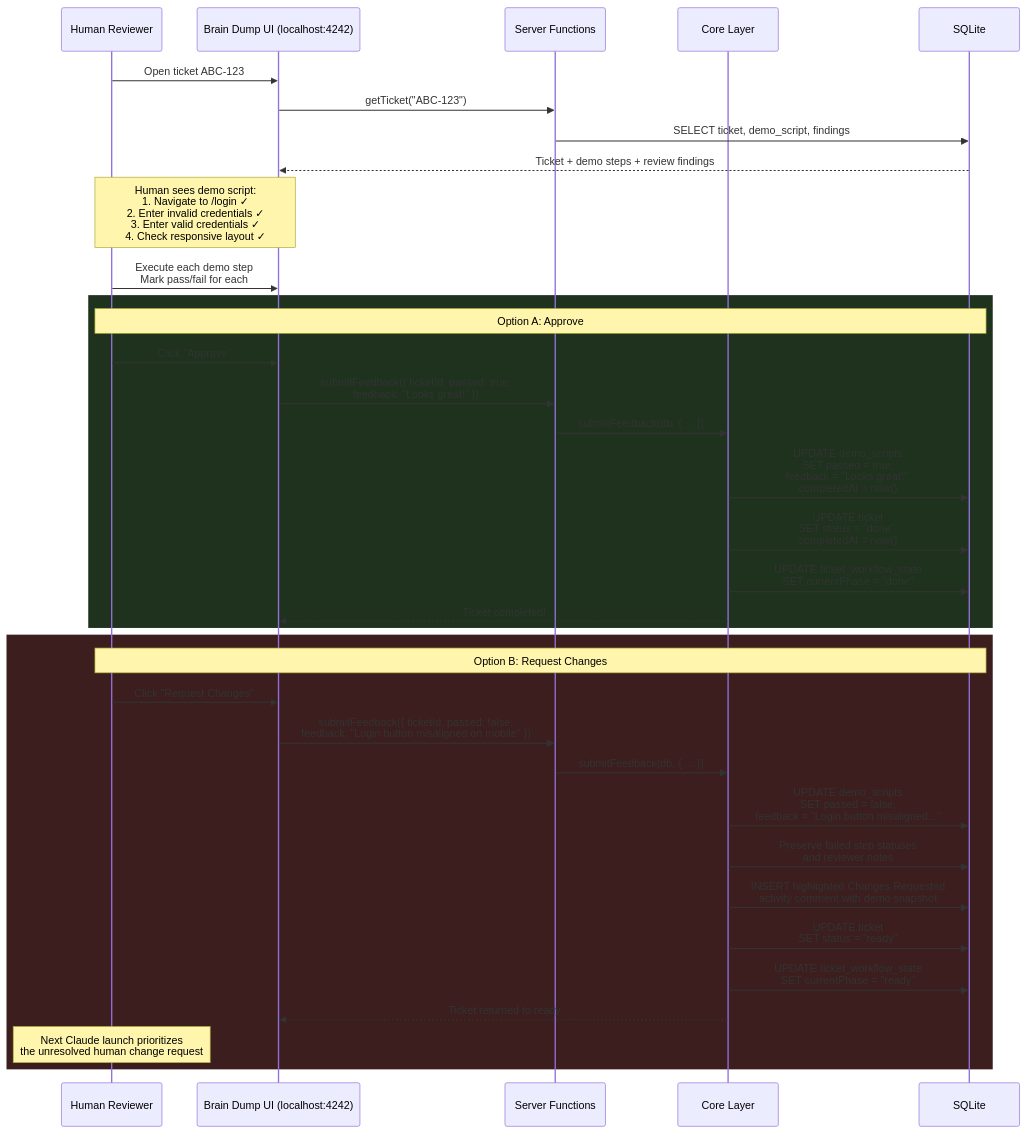
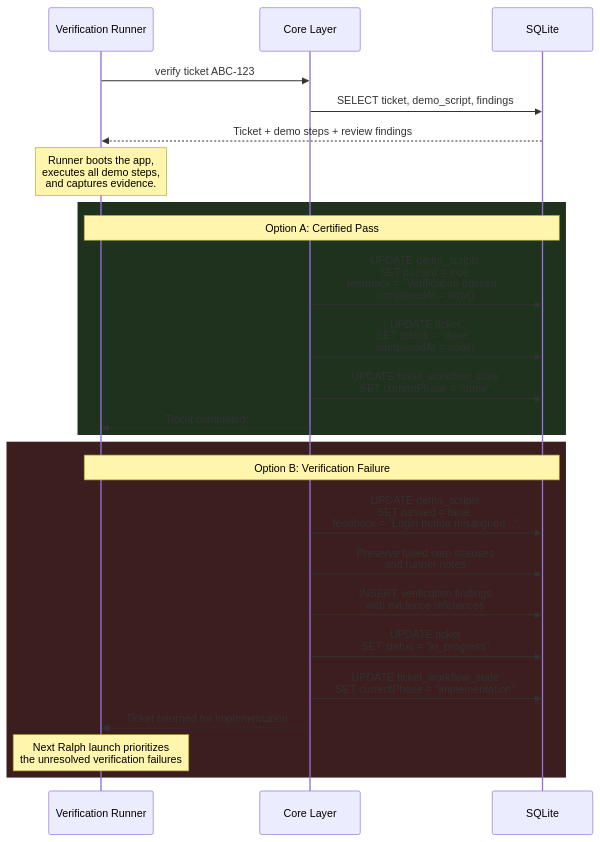
One commit to salmanrrana/brain-dump changed diagram 11 of 15 in docs/claude-flow-ticket-lifecycle.md. Above: the diagram before and after it, drawn with Mermaid. The commit also changed other lines of this file and 84 other files, not shown here.

Commit message:
feat(9f63c408): add ai verification status flow

````diff
--- a/docs/claude-flow-ticket-lifecycle.md
+++ b/docs/claude-flow-ticket-lifecycle.md
@@ -490,42 +490,31 @@
 ```mermaid
 sequenceDiagram
-    participant Human as Human Reviewer
-    participant UI as Brain Dump UI (localhost:4242)
-    participant SF as Server Functions
+    participant Runner as Verification Runner
     participant Core as Core Layer
     participant DB as SQLite
 
-    Human->>UI: Open ticket ABC-123
-    UI->>SF: getTicket("ABC-123")
-    SF->>DB: SELECT ticket, demo_script, findings
-    DB-->>UI: Ticket + demo steps + review findings
+    Runner->>Core: verify ticket ABC-123
+    Core->>DB: SELECT ticket, demo_script, findings
+    DB-->>Runner: Ticket + demo steps + review findings
 
-    Note over Human,UI: Human sees demo script:<br/>1. Navigate to /login ✓<br/>2. Enter invalid credentials ✓<br/>3. Enter valid credentials ✓<br/>4. Check responsive layout ✓
-
-    Human->>UI: Execute each demo step<br/>Mark pass/fail for each
+    Note over Runner: Runner boots the app,<br/>executes all demo steps,<br/>and captures evidence.
 
     rect rgb(30, 50, 30)
-        Note over Human,DB: Option A: Approve
-        Human->>UI: Click "Approve"
-        UI->>SF: submitFeedback({ ticketId, passed: true,<br/>feedback: "Looks great!" })
-        SF->>Core: submitFeedback(db, { ... })
-        Core->>DB: UPDATE demo_scripts<br/>SET passed = true,<br/>feedback = "Looks great!",<br/>completedAt = now()
+        Note over Runner,DB: Option A: Certified Pass
+        Core->>DB: UPDATE demo_scripts<br/>SET passed = true,<br/>feedback = "Verification passed",<br/>completedAt = now()
         Core->>DB: UPDATE ticket<br/>SET status = "done",<br/>completedAt = now()
         Core->>DB: UPDATE ticket_workflow_state<br/>SET currentPhase = "done"
-        Core-->>UI: Ticket completed!
+        Core-->>Runner: Ticket completed!
     end
 
     rect rgb(60, 30, 30)
-        Note over Human,DB: Option B: Request Changes
-        Human->>UI: Click "Request Changes"
-        UI->>SF: submitFeedback({ ticketId, passed: false,<br/>feedback: "Login button misaligned on mobile" })
-        SF->>Core: submitFeedback(db, { ... })
+        Note over Runner,DB: Option B: Verification Failure
         Core->>DB: UPDATE demo_scripts<br/>SET passed = false,<br/>feedback = "Login button misaligned..."
-        Core->>DB: Preserve failed step statuses<br/>and reviewer notes
-        Core->>DB: INSERT highlighted Changes Requested<br/>activity comment with demo snapshot
-        Core->>DB: UPDATE ticket<br/>SET status = "ready"
-        Core->>DB: UPDATE ticket_workflow_state<br/>SET currentPhase = "ready"
-        Core-->>UI: Ticket returned to ready
-        Note over Human: Next Claude launch prioritizes<br/>the unresolved human change request
+        Core->>DB: Preserve failed step statuses<br/>and runner notes
+        Core->>DB: INSERT verification findings<br/>with evidence references
+        Core->>DB: UPDATE ticket<br/>SET status = "in_progress"
+        Core->>DB: UPDATE ticket_workflow_state<br/>SET currentPhase = "implementation"
+        Core-->>Runner: Ticket returned for implementation
+        Note over Runner: Next Ralph launch prioritizes<br/>the unresolved verification failures
     end
 ```
````
